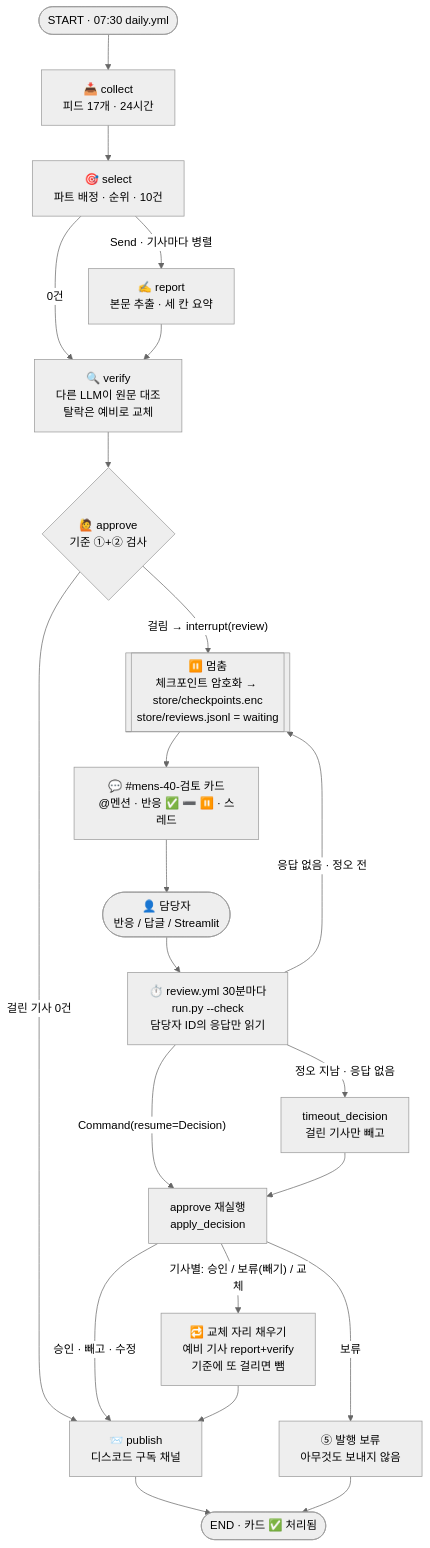
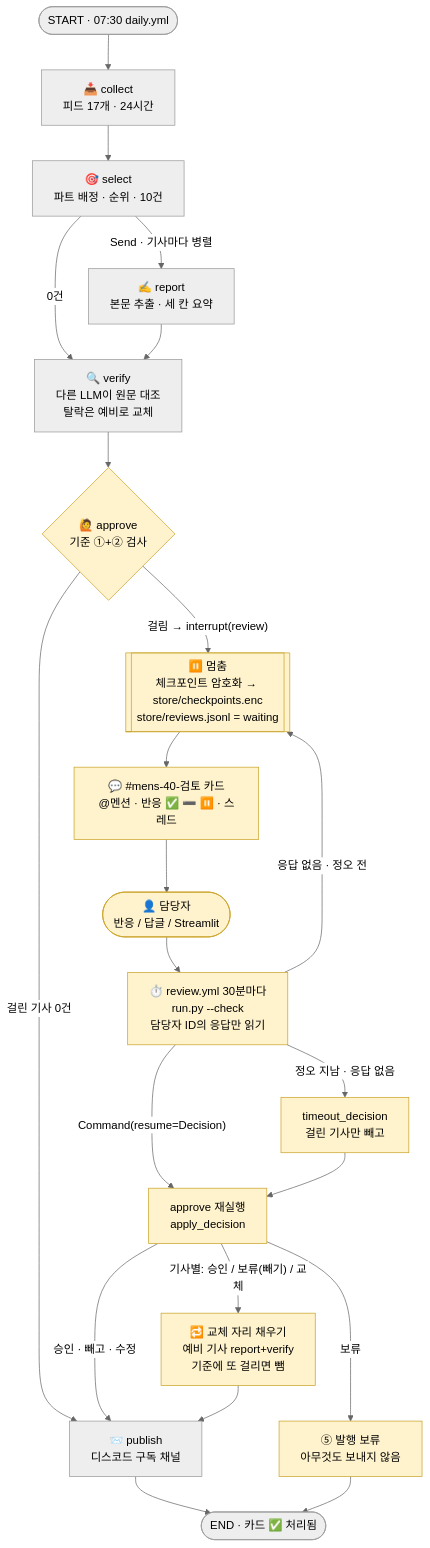
One commit to Lightnine999/my-newsletter-agent changed the diagram in REPORT.md. Above: the diagram before and after it, drawn with Mermaid (neutral theme). The commit also changed other lines of this file and 1 other file, not shown here.

Commit message:
docs: README를 HITL 중심으로 다시 쓰고 1차 내용은 압축
- 제목·소개·첫 화면을 '발송 전 사람 승인(HITL)'으로
- 파이프라인 그림에 approve 노드와 검토 봇·확인 실행을 넣고 새 공정을 색으로 표시
- 추가한 공정 표, 멈춤 기준, 실제 실행 결과, 승인 화면, 응답법, 시연 방법
- 구조에 🆕(새로 만든 것) · ✏️(고친 것) 표시
- 1차 파이프라인 설명은 접기 한 단락 + 1차 보고서 링크로 압축
- REPORT 구조도에도 새 공정 색 표시

````diff
--- a/REPORT.md
+++ b/REPORT.md
@@ -31,23 +31,25 @@
 ```mermaid
 flowchart TD
     S([START · 07:30 daily.yml]) --> C["📥 collect<br/>피드 17개 · 24시간"]
     C --> SE["🎯 select<br/>파트 배정 · 순위 · 10건"]
     SE -->|"Send · 기사마다 병렬"| R["✍️ report<br/>본문 추출 · 세 칸 요약"]
     SE -->|0건| V
     R --> V["🔍 verify<br/>다른 LLM이 원문 대조<br/>탈락은 예비로 교체"]
     V --> A{"🙋 approve<br/>기준 ①+② 검사"}
     A -->|"걸린 기사 0건"| P["📨 publish<br/>디스코드 구독 채널"]
     A -->|"걸림 → interrupt(review)"| W[["⏸️ 멈춤<br/>체크포인트 암호화 → store/checkpoints.enc<br/>store/reviews.jsonl = waiting"]]
     W --> D["💬 #mens-40-검토 카드<br/>@멘션 · 반응 ✅ ➖ ⏸️ · 스레드"]
     D --> H(["👤 담당자<br/>반응 / 답글 / Streamlit"])
     H --> K["⏱️ review.yml 30분마다<br/>run.py --check<br/>담당자 ID의 응답만 읽기"]
     K -->|"응답 없음 · 정오 전"| W
     K -->|"Command(resume=Decision)"| A2["approve 재실행<br/>apply_decision"]
     K -->|"정오 지남 · 응답 없음"| T["timeout_decision<br/>걸린 기사만 빼고"] --> A2
     A2 -->|"승인 · 빼고 · 수정"| P
     A2 -->|"기사별: 승인 / 보류(빼기) / 교체"| F["🔁 교체 자리 채우기<br/>예비 기사 report+verify<br/>기준에 또 걸리면 뺌"]
     F --> P
     A2 -->|"보류"| X["⑤ 발행 보류<br/>아무것도 보내지 않음"]
     P --> E([END · 카드 ✅ 처리됨])
     X --> E
+    classDef new fill:#FFF3CD,stroke:#C9A227,color:#000
+    class A,W,D,H,K,A2,T,F,X new
 ```
````
